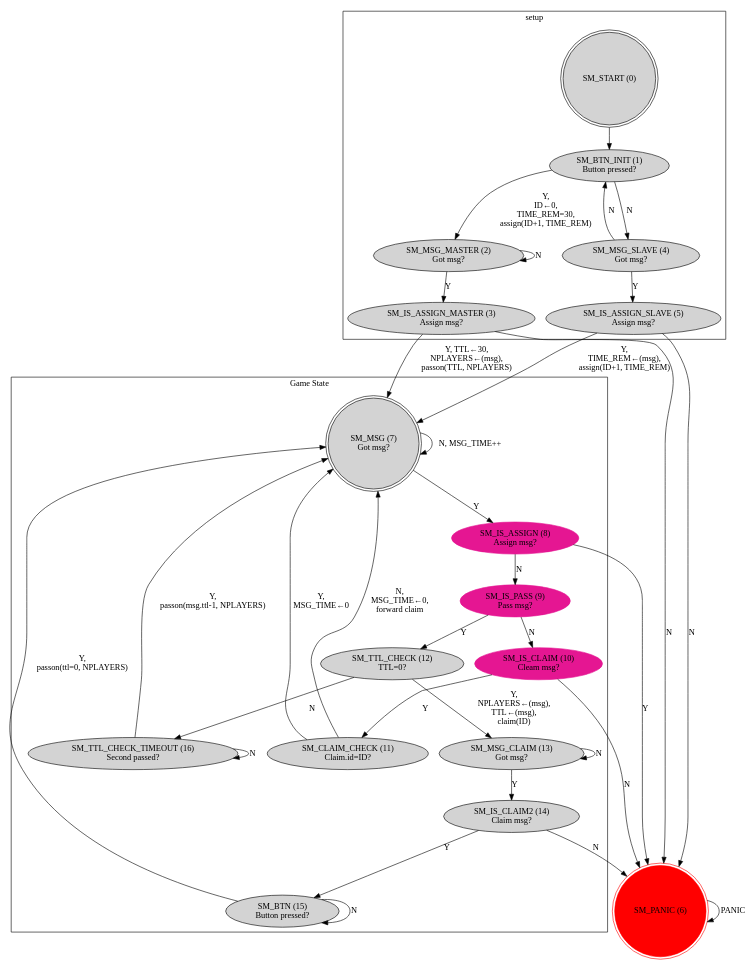
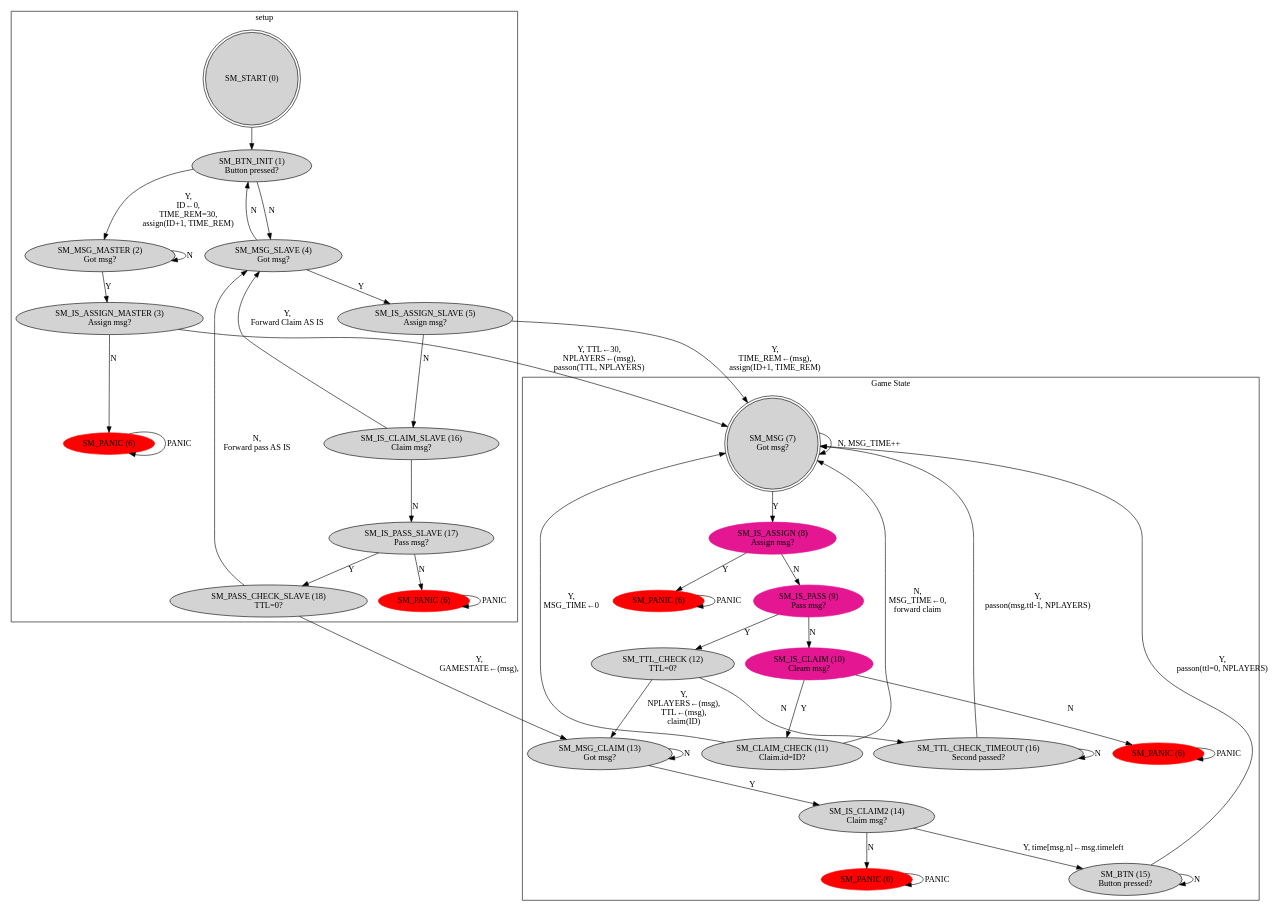
One commit to wutje/stc_nway_chessclock changed the diagram in docs/statemachine.dot. Above: the diagram before and after it, drawn with Graphviz. The commit also changed 1 other file, not shown here.

```diff
--- a/docs/statemachine.dot
+++ b/docs/statemachine.dot
@@ -1,67 +1,89 @@
 digraph G {
     graph [layout = dot]
 
     subgraph cluster_0 {
         label = "setup";
         node [style = filled];
         SM_START [label = "SM_START (0)", shape=doublecircle];
         SM_BTN_INIT [label = "SM_BTN_INIT (1)\nButton pressed?"];
         SM_MSG_MASTER [label = "SM_MSG_MASTER (2)\nGot msg?"];
         SM_IS_ASSIGN_MASTER [label = "SM_IS_ASSIGN_MASTER (3)\nAssign msg?"];
         SM_MSG_SLAVE [label = "SM_MSG_SLAVE (4)\nGot msg?"];
         SM_IS_ASSIGN_SLAVE [label = "SM_IS_ASSIGN_SLAVE (5)\nAssign msg?"];
+        SM_IS_CLAIM_SLAVE [label = "SM_IS_CLAIM_SLAVE (16)\nClaim msg?"];
+        SM_IS_PASS_SLAVE [label = "SM_IS_PASS_SLAVE (17)\nPass msg?"];
+        SM_PASS_CHECK_SLAVE [label = "SM_PASS_CHECK_SLAVE (18)\nTTL=0?"];
+
+        SM_PANIC1 [label = "SM_PANIC (6)", style = filled, color = red];
+        SM_PANIC2 [label = "SM_PANIC (6)", style = filled, color = red];
     }
-
-    SM_PANIC [label = "SM_PANIC (6)", shape = doublecircle, style = filled, color = red];
 
     subgraph cluster_1 {
         label = "Game State";
         node [style = filled];
 
         SM_MSG [label = "SM_MSG (7)\nGot msg?", shape=doublecircle];
 
         SM_IS_ASSIGN [color = ".9, .9, .9", label = "SM_IS_ASSIGN (8)\nAssign msg?"];
         SM_IS_PASS [color =  ".9, .9, .9", label = "SM_IS_PASS (9)\nPass msg?"];
         SM_IS_CLAIM [color =   ".9, .9, .9", label = "SM_IS_CLAIM (10)\nCleam msg?"];
 
         SM_CLAIM_CHECK [label = "SM_CLAIM_CHECK (11)\nClaim.id=ID?"];
         SM_TTL_CHECK [label = "SM_TTL_CHECK (12)\nTTL=0?"];
         SM_MSG_CLAIM [label = "SM_MSG_CLAIM (13)\nGot msg?"];
         SM_IS_CLAIM2 [label = "SM_IS_CLAIM2 (14)\nClaim msg?"];
         SM_BTN [label = "SM_BTN (15)\nButton pressed?"];
         SM_TTL_CHECK_TIMEOUT [label = "SM_TTL_CHECK_TIMEOUT (16)\nSecond passed?"];
+
+        SM_PANIC3 [label = "SM_PANIC (6)", style = filled, color = red];
+        SM_PANIC4 [label = "SM_PANIC (6)", style = filled, color = red];
+        SM_PANIC5 [label = "SM_PANIC (6)", style = filled, color = red];
     }
 
+    // SETUP
     SM_START -> SM_BTN_INIT;
     SM_BTN_INIT -> SM_MSG_MASTER [label = "Y,\nID←0,\nTIME_REM=30,\nassign(ID+1, TIME_REM)"];
     SM_BTN_INIT -> SM_MSG_SLAVE [label = "N"];
     SM_MSG_MASTER -> SM_IS_ASSIGN_MASTER [label = "Y"];
     SM_MSG_MASTER -> SM_MSG_MASTER [label = "N"];
     SM_IS_ASSIGN_MASTER -> SM_MSG [label = "Y, TTL←30,\nNPLAYERS←(msg),\npasson(TTL, NPLAYERS)"];
-    SM_IS_ASSIGN_MASTER -> SM_PANIC [label = "N"];
+    SM_IS_ASSIGN_MASTER -> SM_PANIC1 [label = "N"];
     SM_MSG_SLAVE -> SM_IS_ASSIGN_SLAVE [label = "Y"];
     SM_MSG_SLAVE -> SM_BTN_INIT [label = "N"];
     SM_IS_ASSIGN_SLAVE -> SM_MSG [label = "Y,\nTIME_REM←(msg),\nassign(ID+1, TIME_REM)"];
-    SM_IS_ASSIGN_SLAVE -> SM_PANIC [label = "N"];
-    SM_PANIC -> SM_PANIC [label = "PANIC"];
+    SM_IS_ASSIGN_SLAVE -> SM_IS_CLAIM_SLAVE [label = "N"];
+    SM_IS_CLAIM_SLAVE -> SM_MSG_SLAVE [label = "Y,\nForward Claim AS IS"];
+    SM_IS_CLAIM_SLAVE -> SM_IS_PASS_SLAVE [label = "N"];
+    SM_IS_PASS_SLAVE -> SM_PASS_CHECK_SLAVE [label = "Y"];
+    SM_IS_PASS_SLAVE -> SM_PANIC2 [label = "N"];
+    SM_PASS_CHECK_SLAVE -> SM_MSG_CLAIM [label = "Y,\nGAMESTATE←(msg),\n"];
+    SM_PASS_CHECK_SLAVE -> SM_MSG_SLAVE [label = "N,\nForward pass AS IS"];
+
+    SM_PANIC1 -> SM_PANIC1 [label = "PANIC"];
+    SM_PANIC2 -> SM_PANIC2 [label = "PANIC"];
+    SM_PANIC3 -> SM_PANIC3 [label = "PANIC"];
+    SM_PANIC4 -> SM_PANIC4 [label = "PANIC"];
+    SM_PANIC5 -> SM_PANIC5 [label = "PANIC"];
+
+    // REGULAR GAME
     SM_MSG -> SM_IS_ASSIGN [label = "Y"];
     SM_MSG -> SM_MSG [label = "N, MSG_TIME++"];
-    SM_IS_ASSIGN -> SM_PANIC [label = "Y"];
+    SM_IS_ASSIGN -> SM_PANIC3 [label = "Y"];
     SM_IS_ASSIGN -> SM_IS_PASS [label = "N"];
     SM_IS_PASS -> SM_TTL_CHECK [label = "Y"];
     SM_IS_PASS -> SM_IS_CLAIM [label = "N"];
     SM_IS_CLAIM -> SM_CLAIM_CHECK [label = "Y"];
-    SM_IS_CLAIM -> SM_PANIC [label = "N"];
+    SM_IS_CLAIM -> SM_PANIC4 [label = "N"];
     SM_CLAIM_CHECK -> SM_MSG [label = "Y,\nMSG_TIME←0"];
     SM_CLAIM_CHECK -> SM_MSG [label = "N,\nMSG_TIME←0,\nforward claim"];
     SM_TTL_CHECK -> SM_MSG_CLAIM [label = "Y,\nNPLAYERS←(msg),\nTTL←(msg),\nclaim(ID)"];
     SM_TTL_CHECK -> SM_TTL_CHECK_TIMEOUT [label = "N"];
     SM_TTL_CHECK_TIMEOUT -> SM_MSG [label = "Y,\npasson(msg.ttl-1, NPLAYERS)"];
     SM_TTL_CHECK_TIMEOUT -> SM_TTL_CHECK_TIMEOUT [label = "N"];
     SM_MSG_CLAIM -> SM_IS_CLAIM2 [label = "Y"];
     SM_MSG_CLAIM -> SM_MSG_CLAIM [label = "N"];
-    SM_IS_CLAIM2 -> SM_BTN [label = "Y"];
-    SM_IS_CLAIM2 -> SM_PANIC [label = "N"];
+    SM_IS_CLAIM2 -> SM_BTN [label = "Y, time[msg.n]←msg.timeleft"];
+    SM_IS_CLAIM2 -> SM_PANIC5 [label = "N"];
     SM_BTN -> SM_MSG [label = "Y,\npasson(ttl=0, NPLAYERS)"];
     SM_BTN -> SM_BTN [label = "N"];
 }
```
